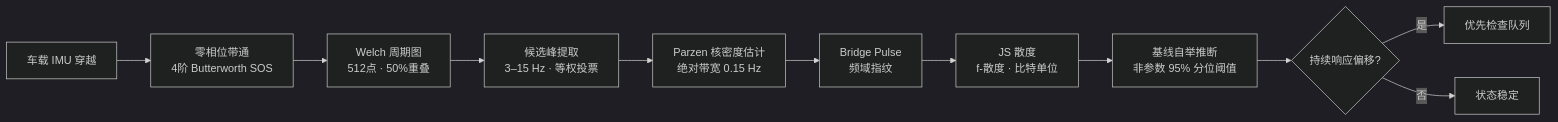
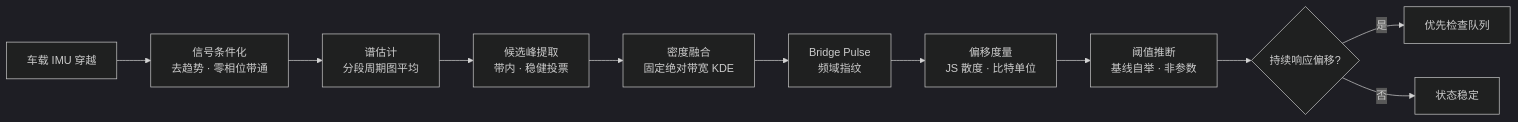
One commit to Zhiyunyang274/qianpulse changed the diagram in README.md. Above: the diagram before and after it, drawn with Mermaid (dark theme). The commit also changed other lines of this file and 2 other files, not shown here.

````diff
--- a/README.md
+++ b/README.md
@@ -95,13 +113,13 @@
 ```mermaid
 flowchart LR
-    A[车载 IMU 穿越] --> B[零相位带通<br/>4阶 Butterworth SOS]
-    B --> C[Welch 周期图<br/>512点 · 50%重叠]
-    C --> D[候选峰提取<br/>3–15 Hz · 等权投票]
-    D --> E[Parzen 核密度估计<br/>绝对带宽 0.15 Hz]
+    A[车载 IMU 穿越] --> B[信号条件化<br/>去趋势 · 零相位带通]
+    B --> C[谱估计<br/>分段周期图平均]
+    C --> D[候选峰提取<br/>带内 · 稳健投票]
+    D --> E[密度融合<br/>固定绝对带宽 KDE]
     E --> F[Bridge Pulse<br/>频域指纹]
-    F --> G[JS 散度<br/>f-散度 · 比特单位]
-    G --> H[基线自举推断<br/>非参数 95% 分位阈值]
+    F --> G[偏移度量<br/>JS 散度 · 比特单位]
+    G --> H[阈值推断<br/>基线自举 · 非参数]
     H --> I{持续响应偏移?}
     I -->|是| J[优先检查队列]
     I -->|否| K[状态稳定]
 ```
````
